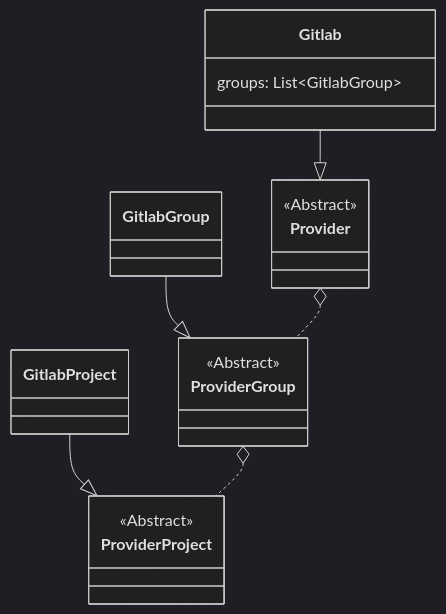
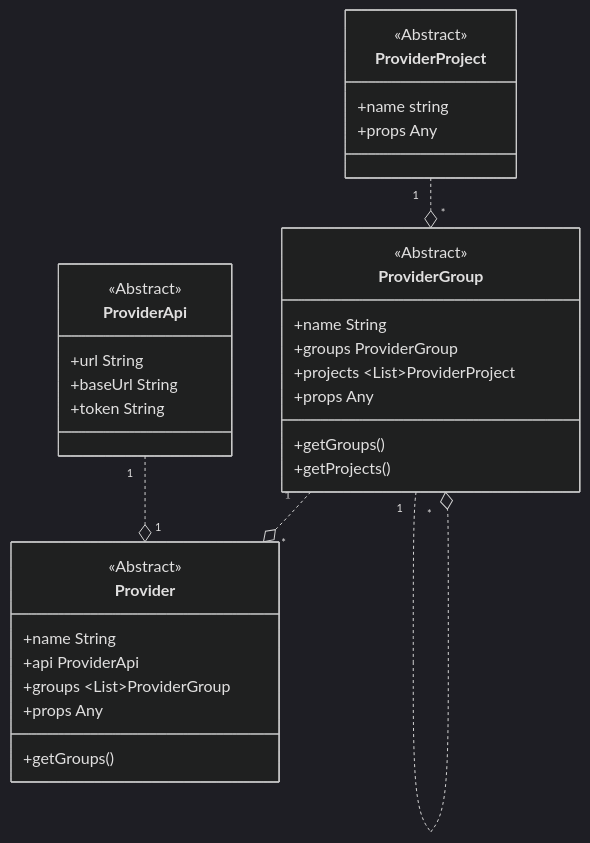
Before and after one commit to rdeville-public/git-repo: the diagram in conception.md, drawn with Mermaid (dark theme). The commit also changed other lines of this file, not shown here.

Commit message:
📝 Rework conception

````diff
--- a/conception.md
+++ b/conception.md
@@ -1,28 +5,39 @@
 ```mermaid
 classDiagram
-  class ProviderProject {
+  class Provider{
     <<Abstract>>
+    +name String
+    +api ProviderApi
+    +groups ~List~ProviderGroup
+    +props Any
+    +getGroups()
   }
-  class GitlabProject {
+
+  class ProviderApi{
+    <<Abstract>>
+    +url String
+    +baseUrl String
+    +token String
   }
 
   class ProviderGroup{
     <<Abstract>>
-  }
-  class GitlabGroup{
+    +name String
+    +groups ProviderGroup
+    +projects ~List~ProviderProject
+    +props Any
+    +getGroups()
+    +getProjects()
   }
 
-  class Provider{
+  class ProviderProject {
     <<Abstract>>
-  }
-  class Gitlab{
-    groups: List~GitlabGroup~
+    +name string
+    +props Any
   }
 
-  Gitlab --|> Provider
-  GitlabGroup --|> ProviderGroup
-  GitlabProject --|> ProviderProject
-  Provider o.. ProviderGroup
-  ProviderGroup o.. ProviderProject
-
+  ProviderGroup "1" ..o "*" Provider
+  ProviderApi "1" ..o "1" Provider
+  ProviderGroup "1" ..o "*" ProviderGroup
+  ProviderProject "1" ..o "*" ProviderGroup
 ```
````
